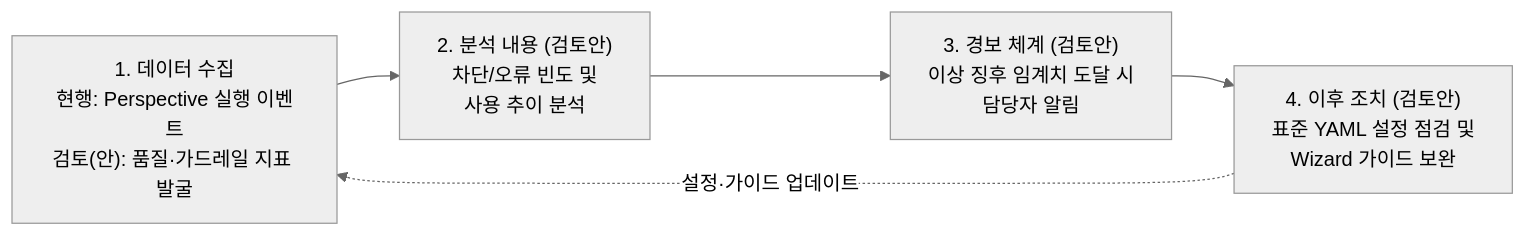
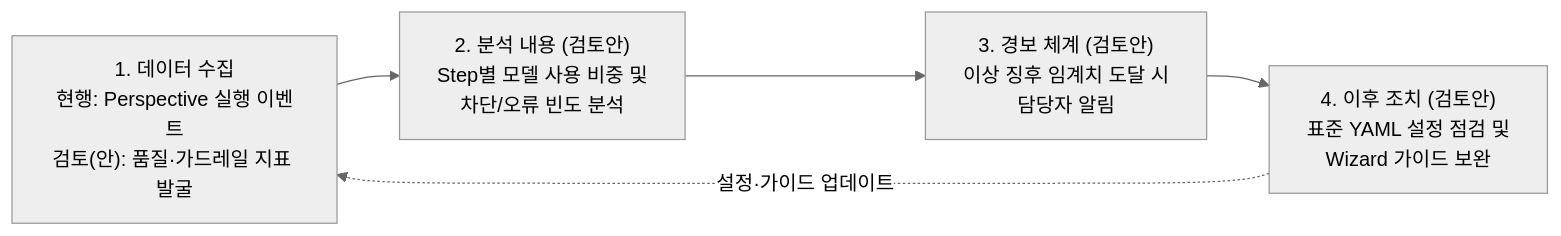
Before and after one commit to misjin05/playground: the first of 2 diagrams in AIS/Reports/Slide22_23_Update.md, drawn with Mermaid (neutral theme). The commit also changed other lines of this file and 1 other file, not shown here.

````diff
--- a/AIS/Reports/Slide22_23_Update.md
+++ b/AIS/Reports/Slide22_23_Update.md
@@ -21,7 +21,7 @@
 ```mermaid
 graph LR
-    S1["1. 데이터 수집<br/>현행: Perspective 실행 이벤트<br/>검토(안): 품질·가드레일 지표 발굴"] --> S2["2. 분석 내용 (검토안)<br/>차단/오류 빈도 및<br/>사용 추이 분석"]
+    S1["1. 데이터 수집<br/>현행: Perspective 실행 이벤트<br/>검토(안): 품질·가드레일 지표 발굴"] --> S2["2. 분석 내용 (검토안)<br/>Step별 모델 사용 비중 및<br/>차단/오류 빈도 분석"]
     S2 --> S3["3. 경보 체계 (검토안)<br/>이상 징후 임계치 도달 시<br/>담당자 알림"]
     S3 --> S4["4. 이후 조치 (검토안)<br/>표준 YAML 설정 점검 및<br/>Wizard 가이드 보완"]
     S4 -.->|"설정·가이드 업데이트"| S1
 ```
````
